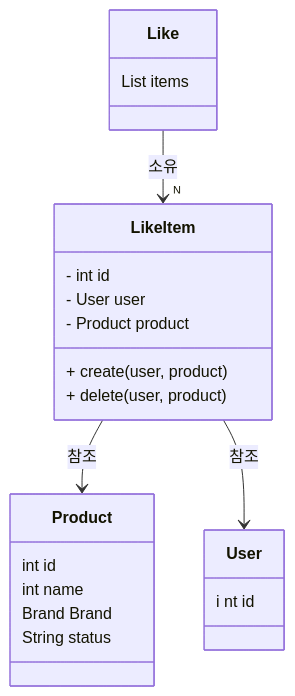
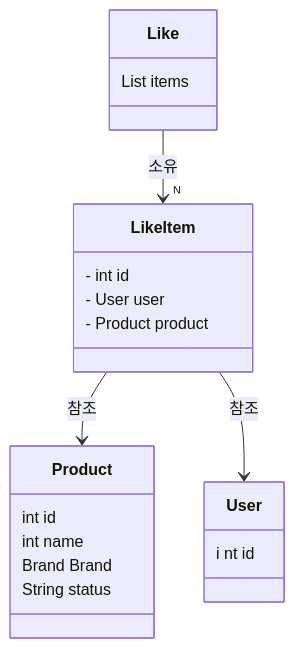
One commit to simbokyung98/loopers-ecommerce-system changed the second of 2 diagrams in docs/design/03-class-diagrams-detail/Like.md. Above: the diagram before and after it, drawn with Mermaid. The commit also changed other lines of this file and 2 other files, not shown here.

Commit message:
fix : 클래스 다이어그램 도메인 역할 수정

````diff
--- a/docs/design/03-class-diagrams-detail/Like.md
+++ b/docs/design/03-class-diagrams-detail/Like.md
@@ -24,26 +22,24 @@
 ```mermaid 
     classDiagram
     class Like{
       List<LikeItem> items
     }
     class Product{
         int id
         int name
         Brand Brand
         String status
     }
     class LikeItem{
         - int id
         - User user
         - Product product
-        + create(user, product)
-        + delete(user, product)
     }
     class User {
     i   nt id
     }
 
     Like --> "N" LikeItem :소유
     LikeItem --> Product : 참조
     LikeItem --> User : 참조
 ```
````
